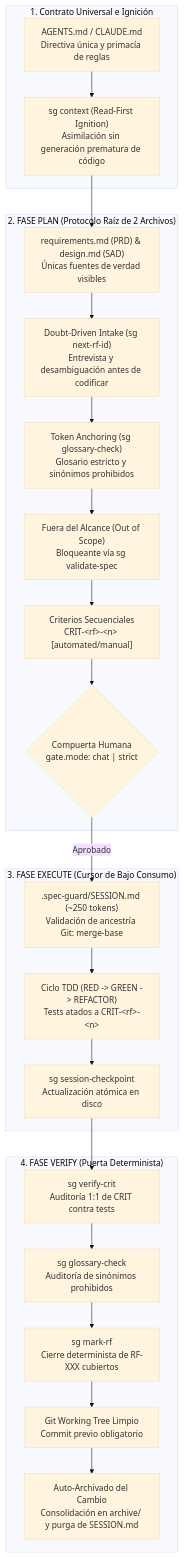
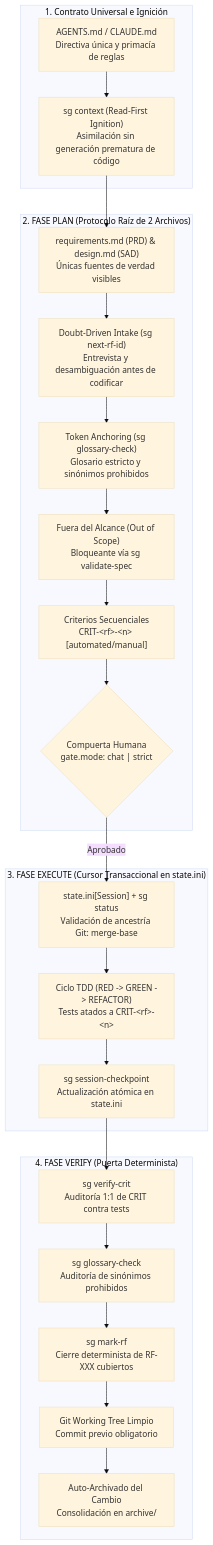
One commit to fdomerlo/spec-guard changed the diagram in README.md. Above: the diagram before and after it, drawn with Mermaid (base theme). The commit also changed other lines of this file and 1 other file, not shown here.

Commit message:
docs: synchronize README.md and MANUAL.md with single-skill architecture and flattened layout

````diff
--- a/README.md
+++ b/README.md
@@ -13,39 +13,39 @@
 ```mermaid
 graph TD
     subgraph "1. Contrato Universal e Ignición"
         AGENTS["AGENTS.md / CLAUDE.md<br/>Directiva única y primacía de reglas"]
         READ_FIRST["sg context (Read-First Ignition)<br/>Asimilación sin generación prematura de código"]
     end
 
     subgraph "2. FASE PLAN (Protocolo Raíz de 2 Archivos)"
         ROOT_DOCS["requirements.md (PRD) & design.md (SAD)<br/>Únicas fuentes de verdad visibles"]
         DOUBT["Doubt-Driven Intake (sg next-rf-id)<br/>Entrevista y desambiguación antes de codificar"]
         TOKEN_ANCHOR["Token Anchoring (sg glossary-check)<br/>Glosario estricto y sinónimos prohibidos"]
         SCOPE["Fuera del Alcance (Out of Scope)<br/>Bloqueante vía sg validate-spec"]
         CRIT["Criterios Secuenciales<br/>CRIT-&lt;rf&gt;-&lt;n&gt; [automated/manual]"]
         GATE{"Compuerta Humana<br/>gate.mode: chat | strict"}
     end
 
-    subgraph "3. FASE EXECUTE (Cursor de Bajo Consumo)"
-        SESSION[".spec-guard/SESSION.md (~250 tokens)<br/>Validación de ancestría Git: merge-base"]
+    subgraph "3. FASE EXECUTE (Cursor Transaccional en state.ini)"
+        SESSION["state.ini[Session] + sg status<br/>Validación de ancestría Git: merge-base"]
         TDD["Ciclo TDD (RED -> GREEN -> REFACTOR)<br/>Tests atados a CRIT-&lt;rf&gt;-&lt;n&gt;"]
-        CHECKPOINT["sg session-checkpoint<br/>Actualización atómica en disco"]
+        CHECKPOINT["sg session-checkpoint<br/>Actualización atómica en state.ini"]
     end
 
     subgraph "4. FASE VERIFY (Puerta Determinista)"
         VERIFY_CRIT["sg verify-crit<br/>Auditoría 1:1 de CRIT contra tests"]
         GLOSSARY_AUDIT["sg glossary-check<br/>Auditoría de sinónimos prohibidos"]
         MARK_RF["sg mark-rf<br/>Cierre determinista de RF-XXX cubiertos"]
         CLEAN_GIT["Git Working Tree Limpio<br/>Commit previo obligatorio"]
-        ARCHIVE["Auto-Archivado del Cambio<br/>Consolidación en archive/ y purga de SESSION.md"]
+        ARCHIVE["Auto-Archivado del Cambio<br/>Consolidación en archive/"]
     end
 
     AGENTS --> READ_FIRST
     READ_FIRST --> ROOT_DOCS
     ROOT_DOCS --> DOUBT --> TOKEN_ANCHOR --> SCOPE --> CRIT
     CRIT --> GATE
     GATE -->|Aprobado| SESSION
     SESSION --> TDD --> CHECKPOINT
     CHECKPOINT --> VERIFY_CRIT
     VERIFY_CRIT --> GLOSSARY_AUDIT --> MARK_RF --> CLEAN_GIT --> ARCHIVE
 ```
````
